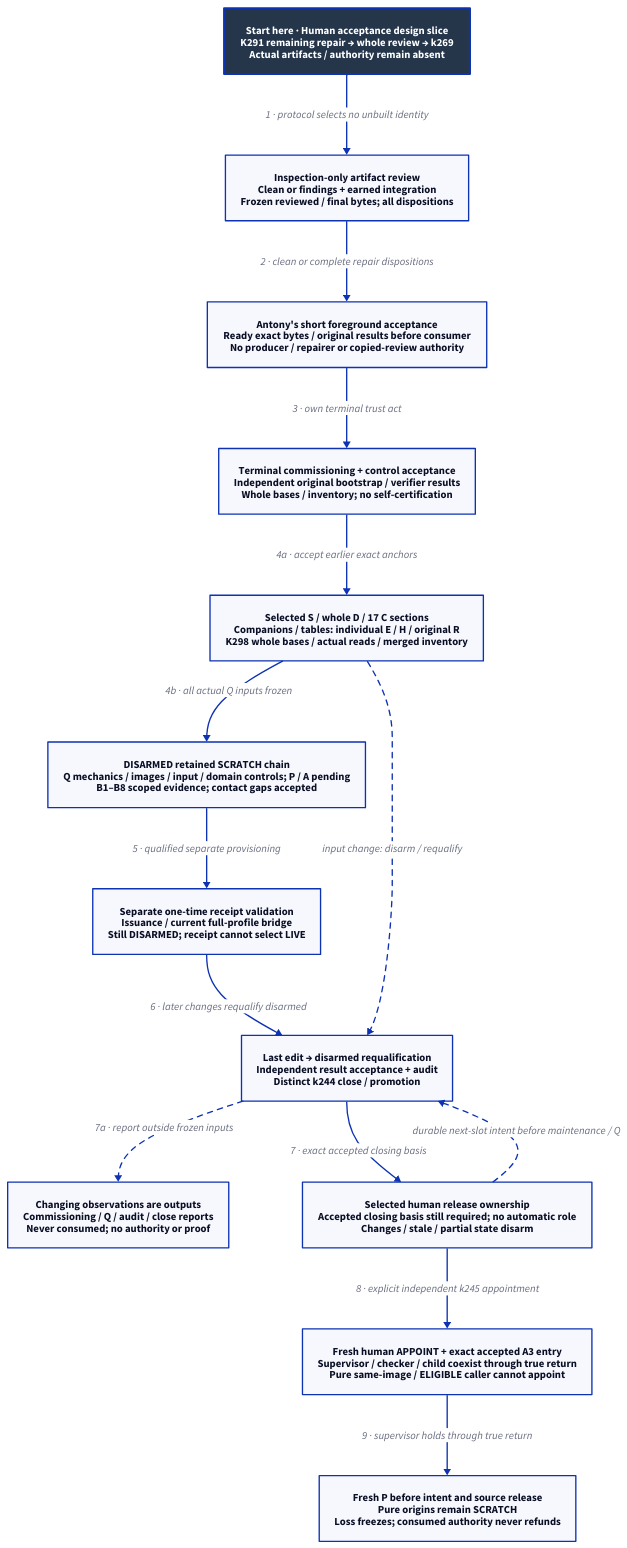
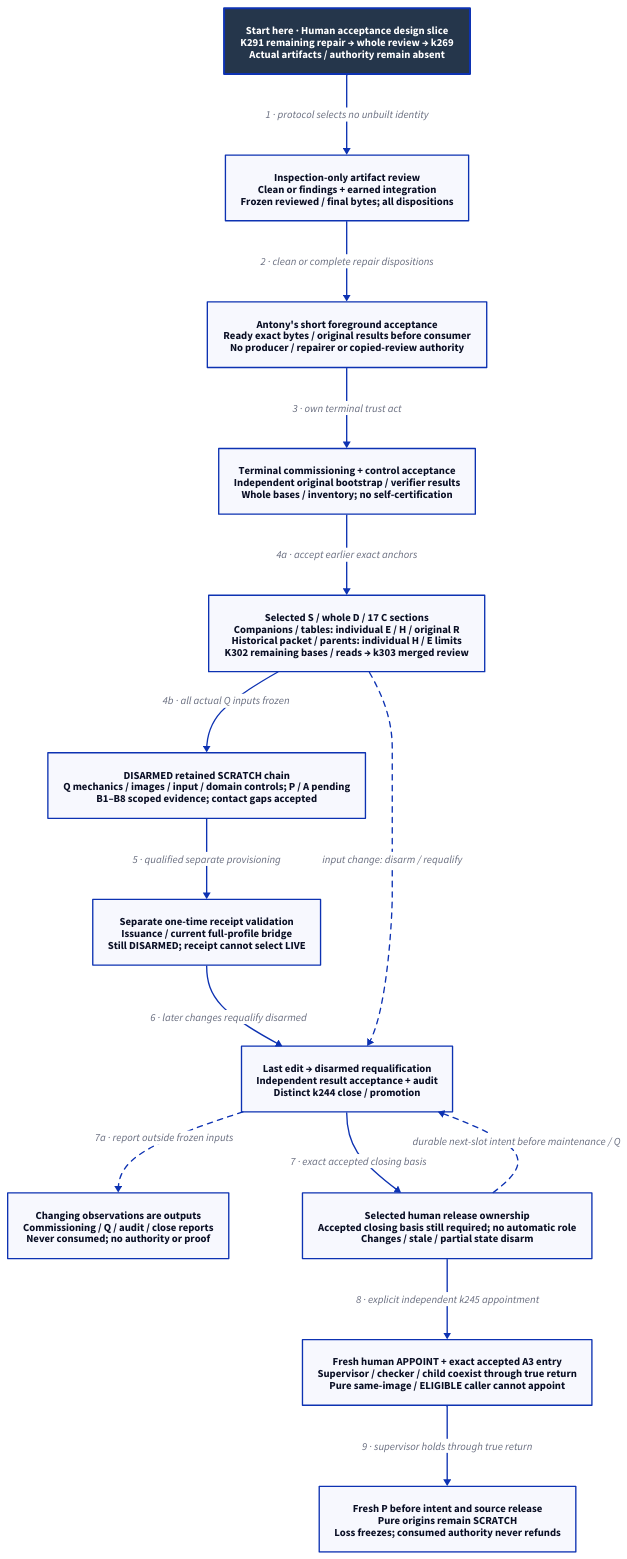
The diagram in docs/design/architecture/native-reference-proof.d2 (Linkuistics/Koine), drawn with D2 before and after one commit. The commit also changed 9 other files, not shown here.

Commit message:
Partition historical reference inputs (reference-evidence-historical-inputs-k301); decompose reference-evidence-session-admission-k298

```diff
--- a/docs/design/architecture/native-reference-proof.d2
+++ b/docs/design/architecture/native-reference-proof.d2
@@ -1,30 +1,30 @@
 # Proposed dependency flow; root, tools and controls remain unqualified.
 direction: down
 classes: {
   start: {style: {fill: "#25364B"; font-color: "#FFFFFF"; bold: true; stroke-width: 3}}
 }
 Start: "Start here · Human acceptance design slice\nK291 remaining repair → whole review → k269\nActual artifacts / authority remain absent" {class: start}
 Review: "Inspection-only artifact review\nClean or findings + earned integration\nFrozen reviewed / final bytes; all dispositions"
 Owner: "Antony's short foreground acceptance\nReady exact bytes / original results before consumer\nNo producer / repairer or copied-review authority"
 Self: "Terminal commissioning + control acceptance\nIndependent original bootstrap / verifier results\nWhole bases / inventory; no self-certification"
 Qualification: "DISARMED retained SCRATCH chain\nQ mechanics / images / input / domain controls; P / A pending\nB1–B8 scoped evidence; contact gaps accepted"
-Inputs: "Selected S / whole D / 17 C sections\nCompanions / tables: individual E / H / original R\nK298 whole bases / actual reads / merged inventory"
+Inputs: "Selected S / whole D / 17 C sections\nCompanions / tables: individual E / H / original R\nHistorical packet / parents: individual H / E limits\nK302 remaining bases / reads → k303 merged review"
 Report: "Changing observations are outputs\nCommissioning / Q / audit / close reports\nNever consumed; no authority or proof"
 Receipt: "Separate one-time receipt validation\nIssuance / current full-profile bridge\nStill DISARMED; receipt cannot select LIVE"
 Final: "Last edit → disarmed requalification\nIndependent result acceptance + audit\nDistinct k244 close / promotion"
 Release: "Selected human release ownership\nAccepted closing basis still required; no automatic role\nChanges / stale / partial state disarm"
 Channel: "Fresh human APPOINT + exact accepted A3 entry\nSupervisor / checker / child coexist through true return\nPure same-image / ELIGIBLE caller cannot appoint"
 Boundary: "Fresh P before intent and source release\nPure origins remain SCRATCH\nLoss freezes; consumed authority never refunds"
 Start -> Review: "1 · protocol selects no unbuilt identity"
 Review -> Owner: "2 · clean or complete repair dispositions"
 Owner -> Self: "3 · own terminal trust act"
 Self -> Inputs: "4a · accept earlier exact anchors"
 Inputs -> Qualification: "4b · all actual Q inputs frozen"
 Qualification -> Receipt: "5 · qualified separate provisioning"
 Receipt -> Final: "6 · later changes requalify disarmed"
 Final -> Release: "7 · exact accepted closing basis"
 Final -> Report: "7a · report outside frozen inputs" {style.stroke-dash: 4}
 Inputs -> Final: "input change: disarm / requalify" {style.stroke-dash: 4}
 Release -> Final: "durable next-slot intent before maintenance / Q" {style.stroke-dash: 4}
 Release -> Channel: "8 · explicit independent k245 appointment"
 Channel -> Boundary: "9 · supervisor holds through true return"
```
